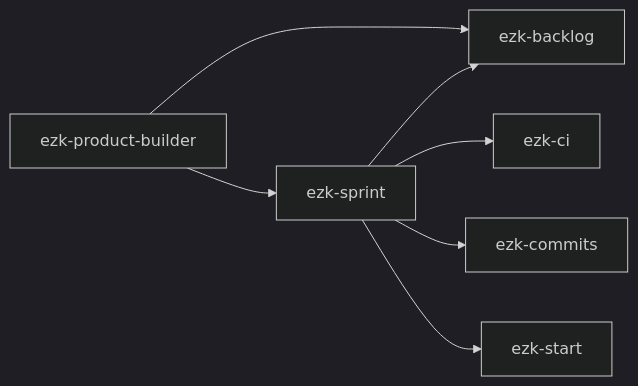
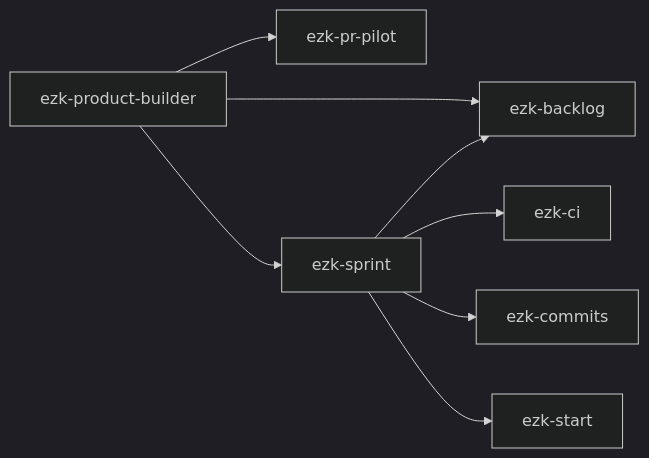
Before and after one commit to elzinko/vectorz: the diagram in products/mega-city/skills/README.md, drawn with Mermaid (dark theme). The commit also changed 5 other files, not shown here.

First line of the commit message:
feat(ezk-product-builder): --delivery=per-feature|per-epic — grain de livraison (ADR-037, 0065)

````diff
--- a/products/mega-city/skills/README.md
+++ b/products/mega-city/skills/README.md
@@ -50,9 +50,10 @@
 ```mermaid
 flowchart LR
     ezk-product-builder --> ezk-backlog
+    ezk-product-builder --> ezk-pr-pilot
     ezk-product-builder --> ezk-sprint
     ezk-sprint --> ezk-backlog
     ezk-sprint --> ezk-ci
     ezk-sprint --> ezk-commits
     ezk-sprint --> ezk-start
 ```
````
